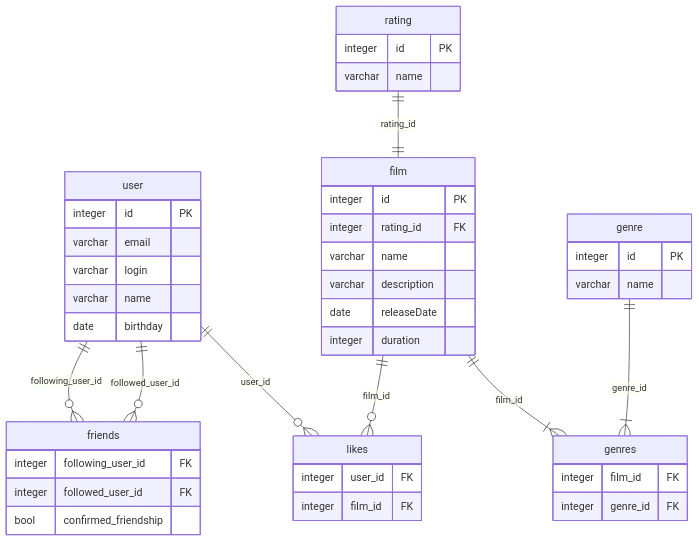
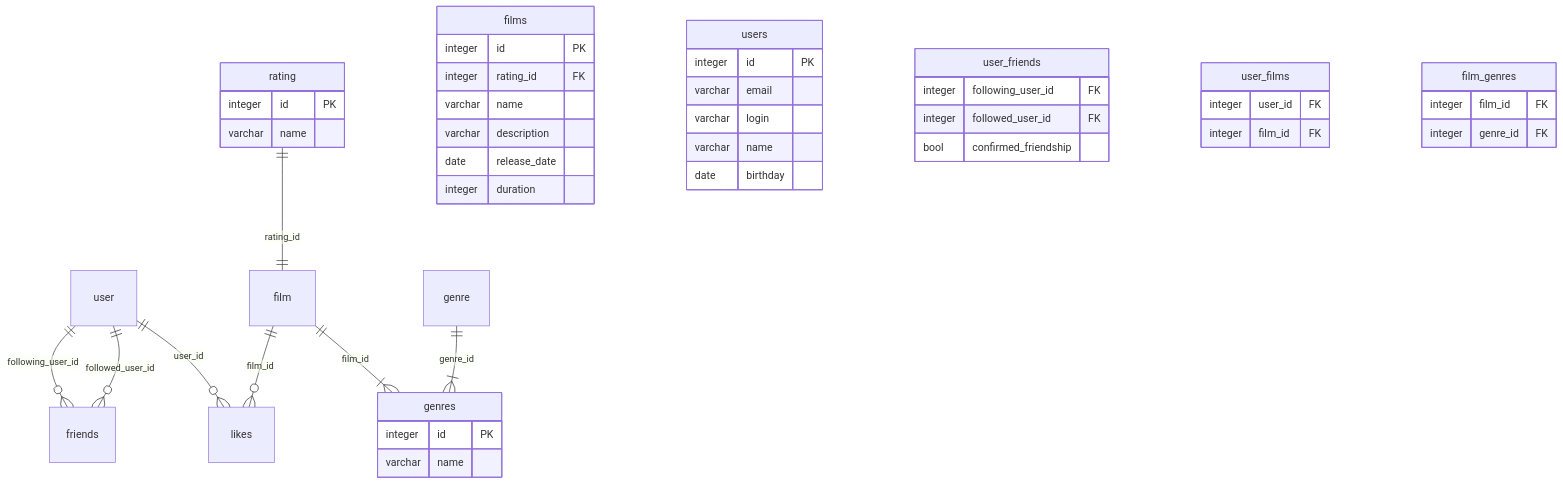
Before and after one commit to achertkovv/java-filmorate: the diagram in README.md, drawn with Mermaid.

Commit message:
Commit 2 (исправлена диаграма)

````diff
--- a/README.md
+++ b/README.md
@@ -2,47 +2,47 @@
 ```mermaid
 erDiagram
 user ||--o{ friends : following_user_id
     user ||--o{ friends : followed_user_id
     user ||--o{ likes : user_id
     film ||--o{ likes : film_id
     film ||--|{ genres : film_id
     genre ||--|{ genres : genre_id
     rating ||--|| film : rating_id
 
-    film {
+    films {
         integer id PK
         integer rating_id FK
         varchar name
         varchar description
-        date releaseDate
+        date release_date
         integer duration
     }
-    user {
+    users {
         integer id PK
         varchar email
         varchar login
         varchar name
         date birthday
     }
     rating {
         integer id PK
         varchar name
     }
-    friends {
+    user_friends {
         integer following_user_id FK
         integer followed_user_id FK
         bool confirmed_friendship
     }
-    likes {
+    user_films {
         integer user_id FK
         integer film_id FK
     }
-    genres {
+    film_genres {
         integer film_id FK
         integer genre_id FK
     }
-    genre {
+    genres {
         integer id PK
         varchar name
     }
 ```
````
